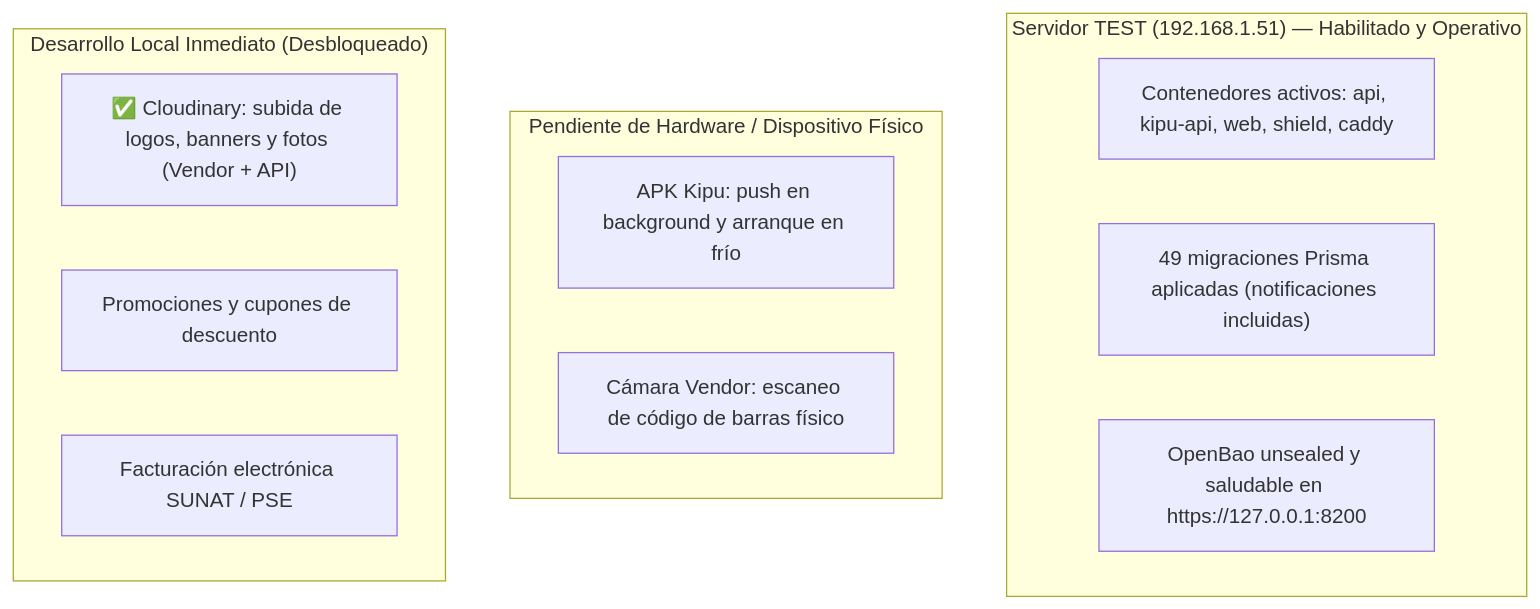
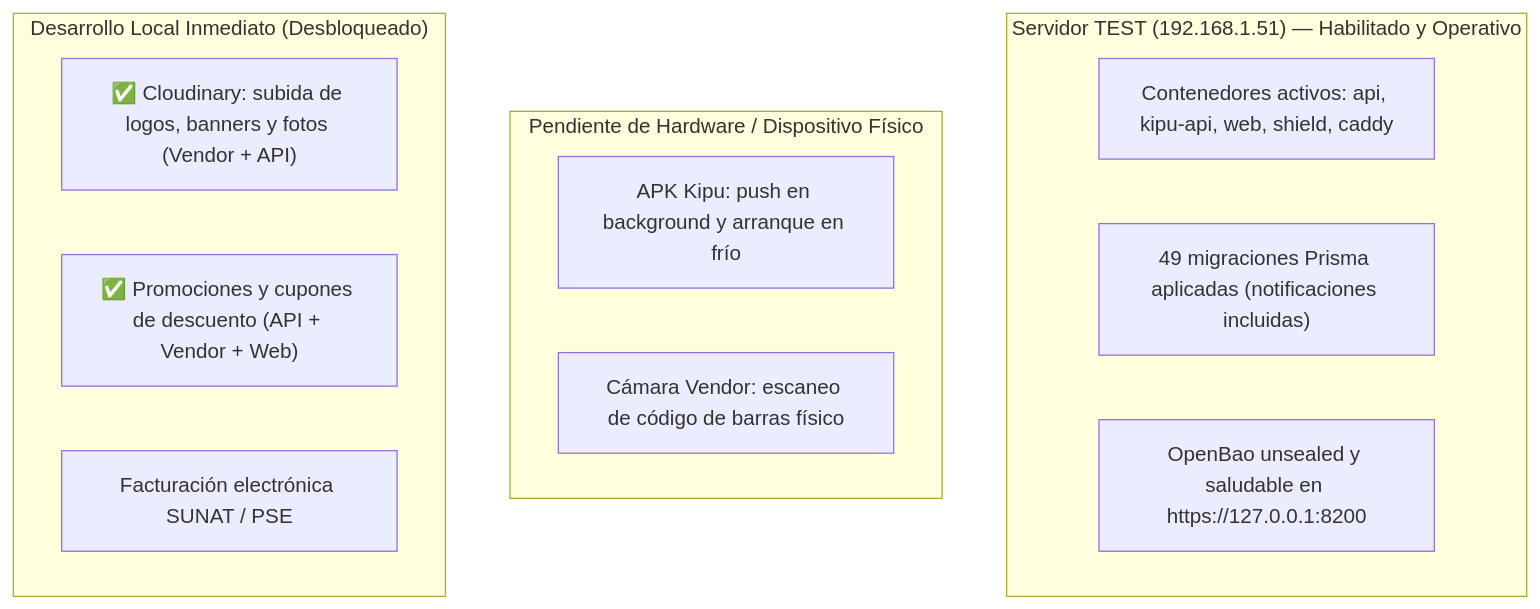
The diagram in DOCS/PENDIENTES_DOCUMENTACION.md (kanoso/ecommcerce-saas-sonet), drawn with Mermaid before and after one commit. The commit also changed other lines of this file, not shown here.

Commit message:
docs: mark coupons and promotions feature completed across api, vendor and web

````diff
--- a/DOCS/PENDIENTES_DOCUMENTACION.md
+++ b/DOCS/PENDIENTES_DOCUMENTACION.md
@@ -11,19 +11,19 @@
 ```mermaid
 flowchart TD
     subgraph Servidor_TEST ["Servidor TEST (192.168.1.51) — Habilitado y Operativo"]
         T1["Contenedores activos: api, kipu-api, web, shield, caddy"]
         T2["49 migraciones Prisma aplicadas (notificaciones incluidas)"]
         T3["OpenBao unsealed y saludable en https://127.0.0.1:8200"]
     end
 
     subgraph Hardware_Real ["Pendiente de Hardware / Dispositivo Físico"]
         H1["APK Kipu: push en background y arranque en frío"]
         H2["Cámara Vendor: escaneo de código de barras físico"]
     end
 
     subgraph Desarrollo_Local ["Desarrollo Local Inmediato (Desbloqueado)"]
         D1["✅ Cloudinary: subida de logos, banners y fotos (Vendor + API)"]
-        D2["Promociones y cupones de descuento"]
+        D2["✅ Promociones y cupones de descuento (API + Vendor + Web)"]
         D3["Facturación electrónica SUNAT / PSE"]
     end
 ```
````
